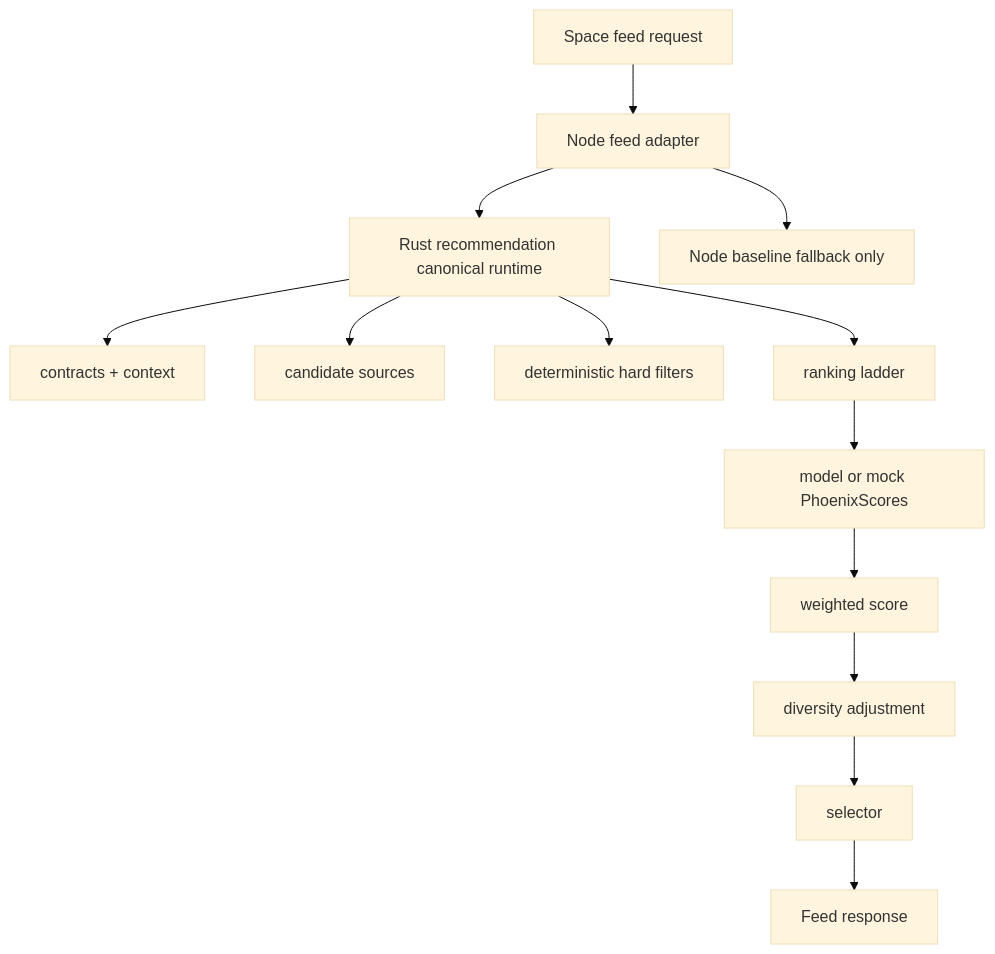
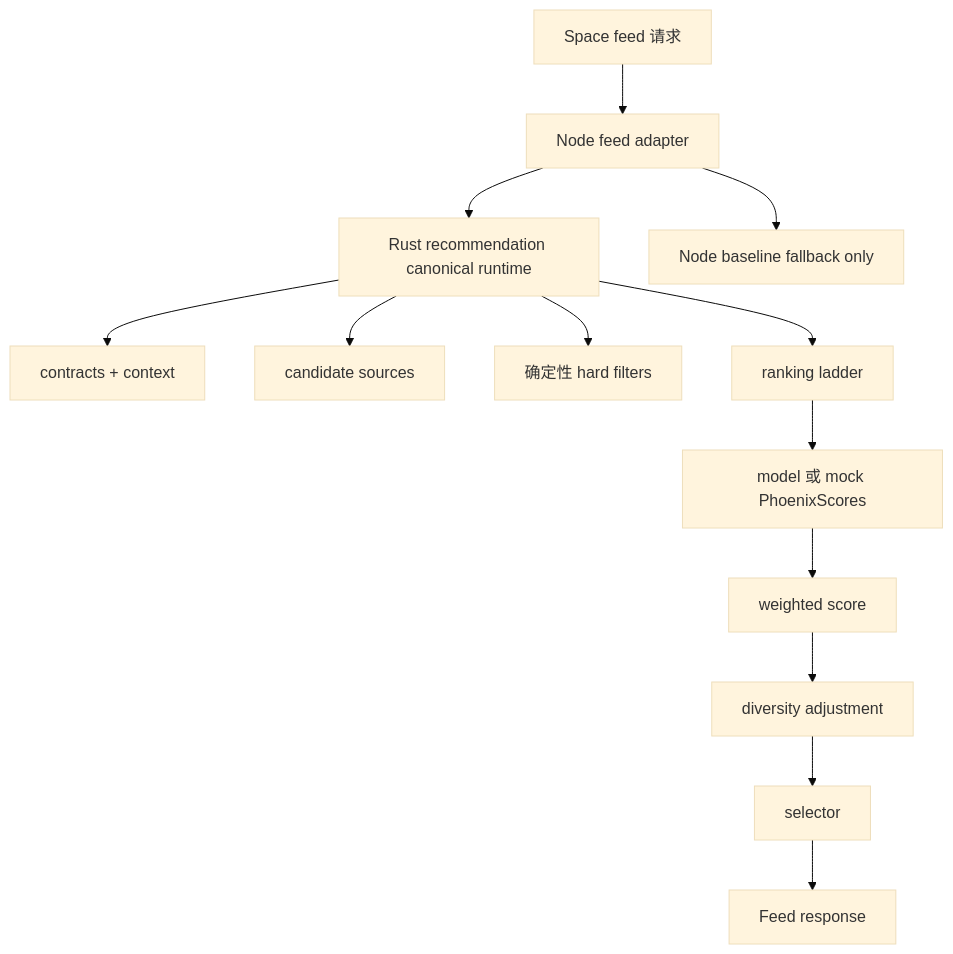
One commit to wssAchilles/Mycode changed the second of 2 diagrams in telegram/docs/recommendation-algorithm-roadmap.md. Above: the diagram before and after it, drawn with Mermaid (base theme). The commit also changed other lines of this file and 1 other file, not shown here.

Commit message:
chore: 更新 Telegram Rust workspace 迁移过渡说明，明确目标 crate 边界和抽取规则

````diff
--- a/telegram/docs/recommendation-algorithm-roadmap.md
+++ b/telegram/docs/recommendation-algorithm-roadmap.md
@@ -87,15 +87,15 @@
 ```mermaid
 flowchart TD
-  Client["Space feed request"] --> NodeAdapter["Node feed adapter"]
+  Client["Space feed 请求"] --> NodeAdapter["Node feed adapter"]
   NodeAdapter --> RustRec["Rust recommendation canonical runtime"]
   RustRec --> Context["contracts + context"]
   RustRec --> Sources["candidate sources"]
-  RustRec --> HardFilters["deterministic hard filters"]
+  RustRec --> HardFilters["确定性 hard filters"]
   RustRec --> Ranking["ranking ladder"]
-  Ranking --> ModelScores["model or mock PhoenixScores"]
+  Ranking --> ModelScores["model 或 mock PhoenixScores"]
   ModelScores --> Weighted["weighted score"]
   Weighted --> Diversity["diversity adjustment"]
   Diversity --> Selector["selector"]
   Selector --> Response["Feed response"]
   NodeAdapter --> Legacy["Node baseline fallback only"]
 ```
````
